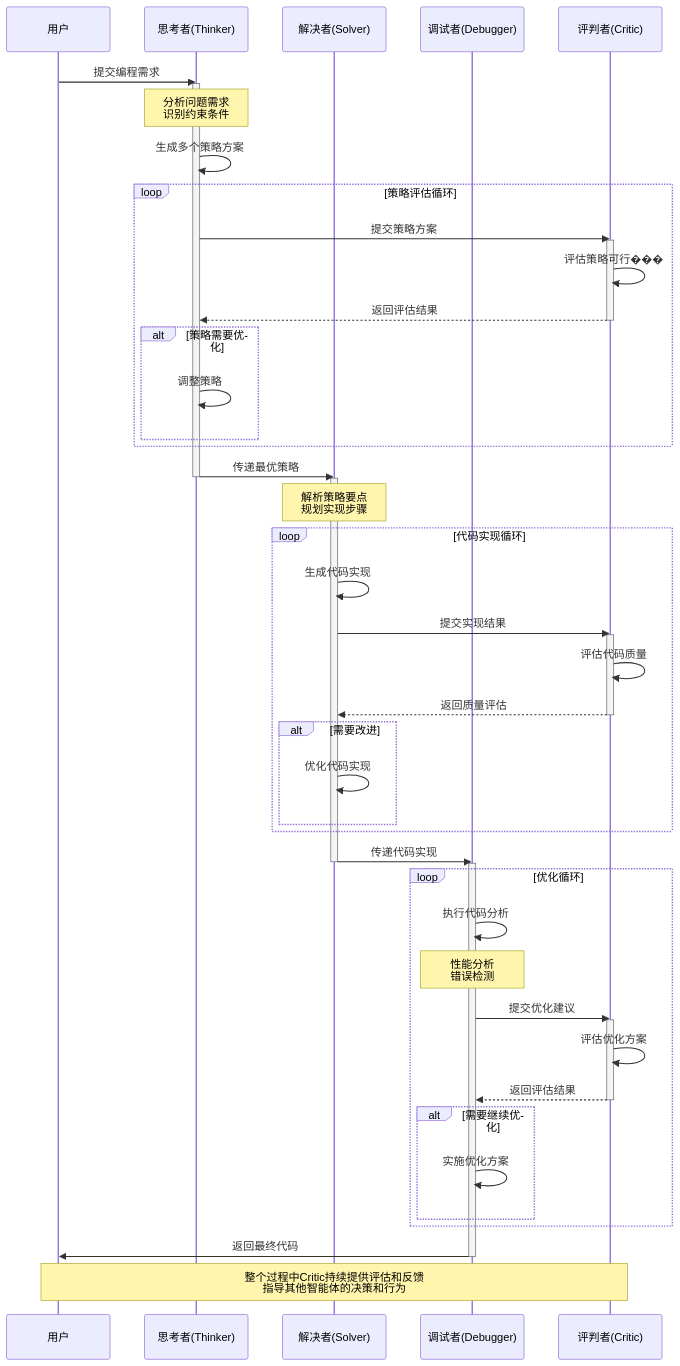
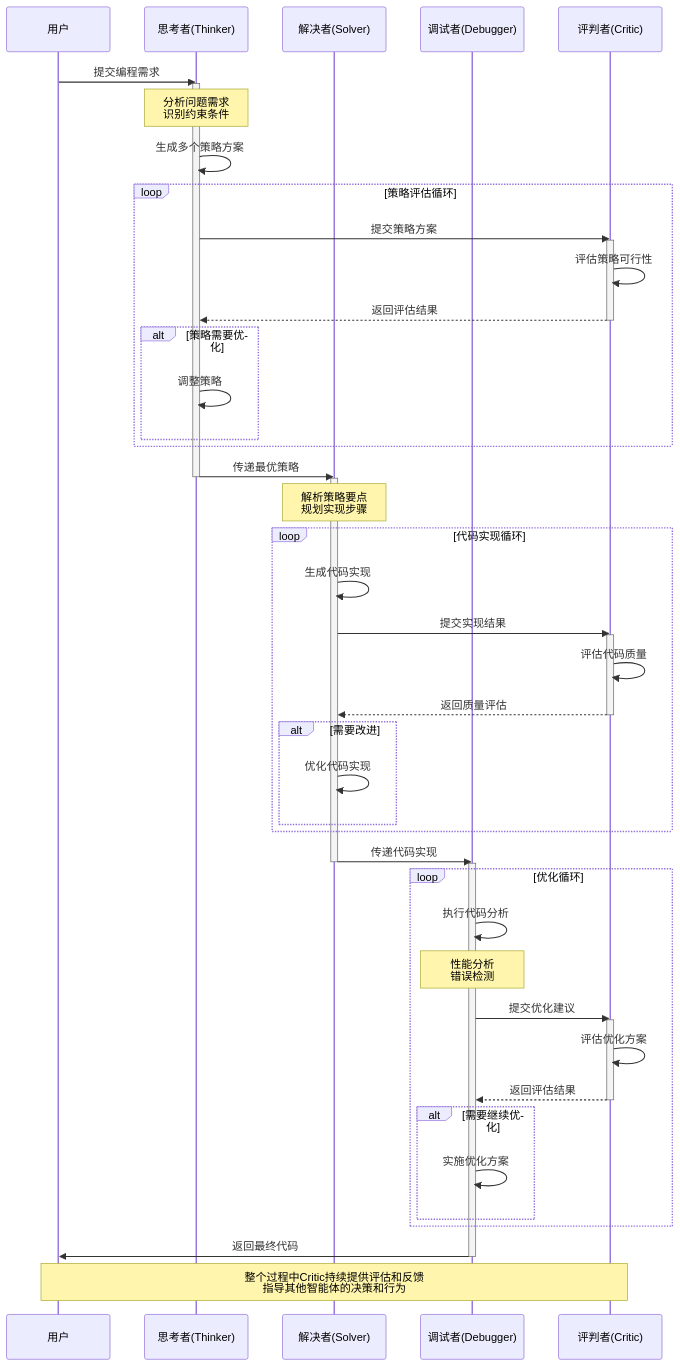
One commit to wutongci/cursor-courses changed the diagram in advanced/第十九章-Cursor结合CodeTree的智能编程实践.md. Above: the diagram before and after it, drawn with Mermaid.

Commit message:
fix：乱码文字

````diff
--- a/advanced/第十九章-Cursor结合CodeTree的智能编程实践.md
+++ b/advanced/第十九章-Cursor结合CodeTree的智能编程实践.md
@@ -43,70 +43,70 @@
 ```mermaid
 sequenceDiagram
     participant User as 用户
     participant Thinker as 思考者(Thinker)
     participant Solver as 解决者(Solver)
     participant Debugger as 调试者(Debugger)
     participant Critic as 评判者(Critic)
     
     User->>Thinker: 提交编程需求
     activate Thinker
     
     Note over Thinker: 分析问题需求<br/>识别约束条件
     Thinker->>Thinker: 生成多个策略方案
     
     loop 策略评估循环
         Thinker->>Critic: 提交策略方案
         activate Critic
-        Critic->>Critic: 评估策略可行���
+        Critic->>Critic: 评估策略可行性
         Critic-->>Thinker: 返回评估结果
         deactivate Critic
         
         alt 策略需要优化
             Thinker->>Thinker: 调整策略
         end
     end
     
     Thinker->>Solver: 传递最优策略
     deactivate Thinker
     activate Solver
     
     Note over Solver: 解析策略要点<br/>规划实现步骤
     
     loop 代码实现循环
         Solver->>Solver: 生成代码实现
         Solver->>Critic: 提交实现结果
         activate Critic
         
         Critic->>Critic: 评估代码质量
         Critic-->>Solver: 返回质量评估
         deactivate Critic
         
         alt 需要改进
             Solver->>Solver: 优化代码实现
         end
     end
     
     Solver->>Debugger: 传递代码实现
     deactivate Solver
     activate Debugger
     
     loop 优化循环
         Debugger->>Debugger: 执行代码分析
         Note over Debugger: 性能分析<br/>错误检测
         
         Debugger->>Critic: 提交优化建议
         activate Critic
         Critic->>Critic: 评估优化方案
         Critic-->>Debugger: 返回评估结果
         deactivate Critic
         
         alt 需要继续优化
             Debugger->>Debugger: 实施优化方案
         end
     end
     
     Debugger->>User: 返回最终代码
     deactivate Debugger
     
     Note over User,Critic: 整个过程中Critic持续提供评估和反馈<br/>指导其他智能体的决策和行为
 ```
````
